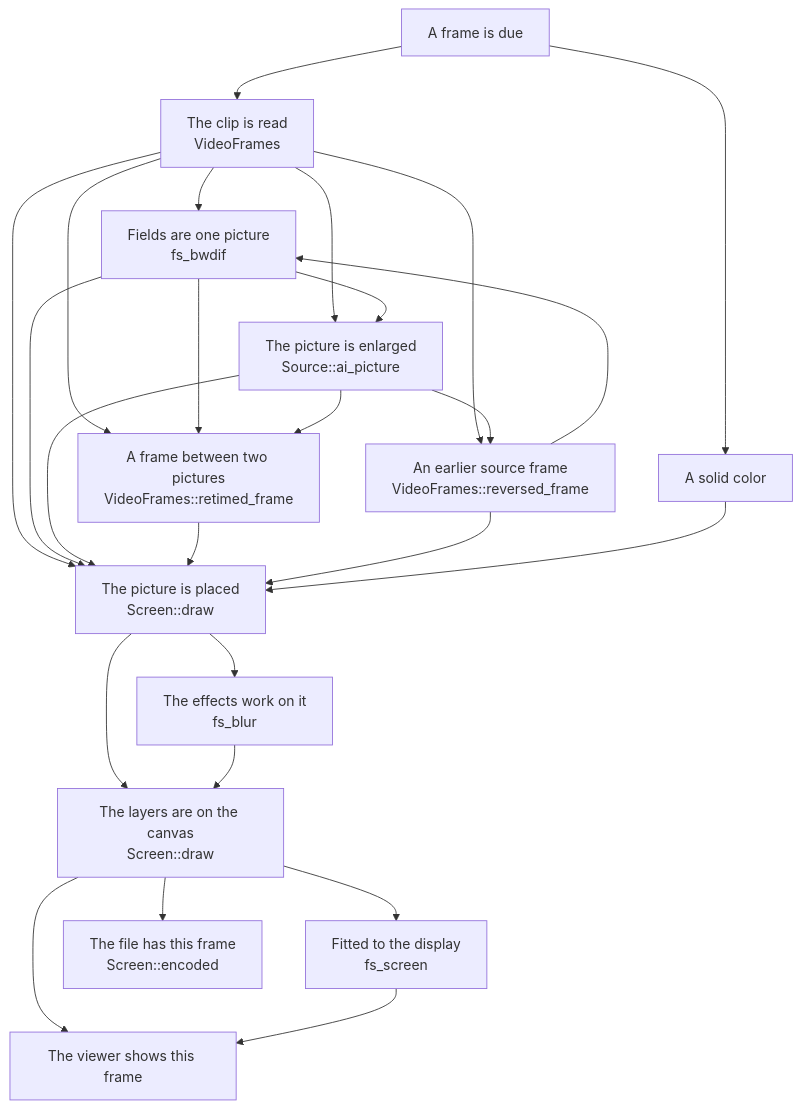
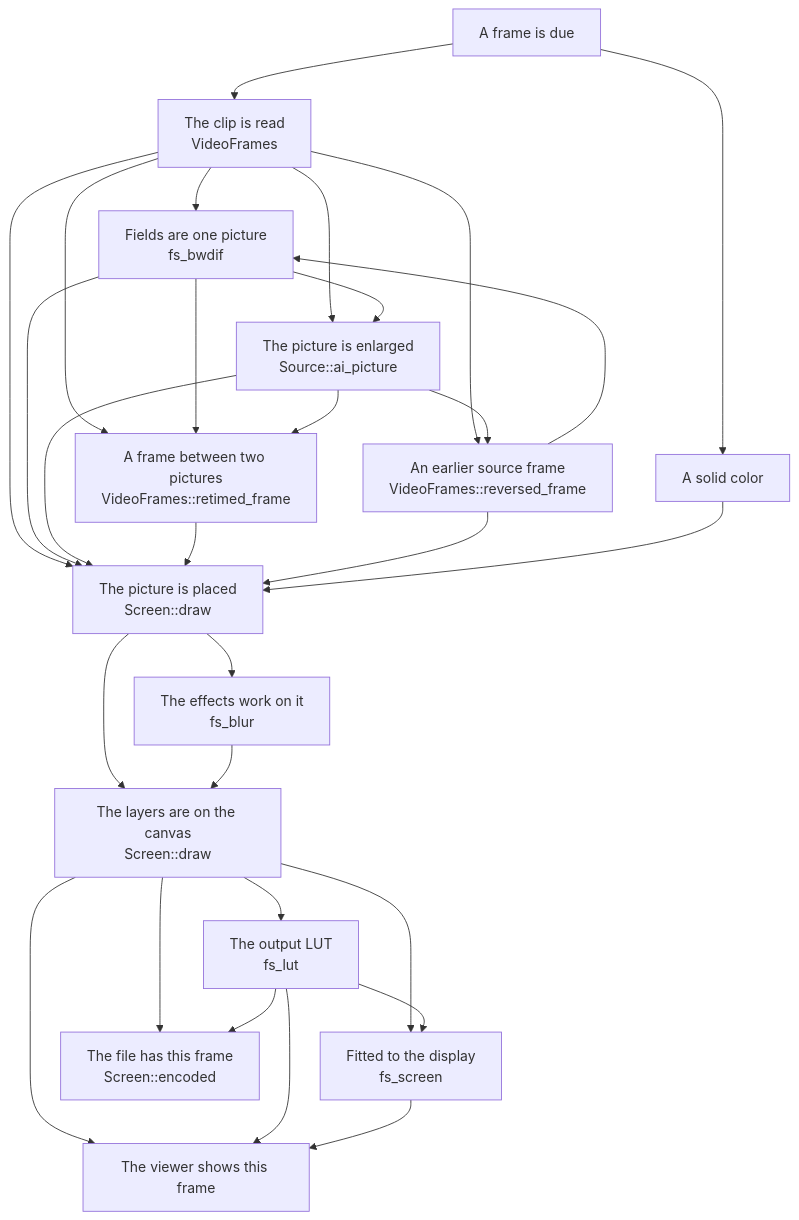
Before and after one commit to oittaa/vidcut: the third of 3 diagrams in docs/design/README.md, drawn with Mermaid. The commit also changed other lines of this file and 52 other files, not shown here.

````diff
--- a/docs/design/README.md
+++ b/docs/design/README.md
@@ -61,40 +61,45 @@
 ```mermaid
 flowchart TD
   due["A frame is due"]
   read["The clip is read<br>VideoFrames"]
   solid["A solid color"]
   weave["Fields are one picture<br>fs_bwdif"]
   grow["The picture is enlarged<br>Source::ai_picture"]
   between["A frame between two pictures<br>VideoFrames::retimed_frame"]
   earlier["An earlier source frame<br>VideoFrames::reversed_frame"]
   place["The picture is placed<br>Screen::draw"]
   fx["The effects work on it<br>fs_blur"]
   mix["The layers are on the canvas<br>Screen::draw"]
+  looked["The output LUT<br>fs_lut"]
   show["The viewer shows this frame"]
   mapped["Fitted to the display<br>fs_screen"]
   file["The file has this frame<br>Screen::encoded"]
   due --> read
   due --> solid
   read --> weave
   read --> grow
   read --> between
   read --> earlier
   read --> place
   weave --> grow
   weave --> between
   weave --> place
   grow --> between
   grow --> earlier
   grow --> place
   between --> place
   earlier --> weave
   earlier --> place
   solid --> place
   place --> fx
   place --> mix
   fx --> mix
+  mix --> looked
   mix --> show
   mix --> mapped
+  mix --> file
+  looked --> show
+  looked --> mapped
+  looked --> file
   mapped --> show
-  mix --> file
 ```
````
